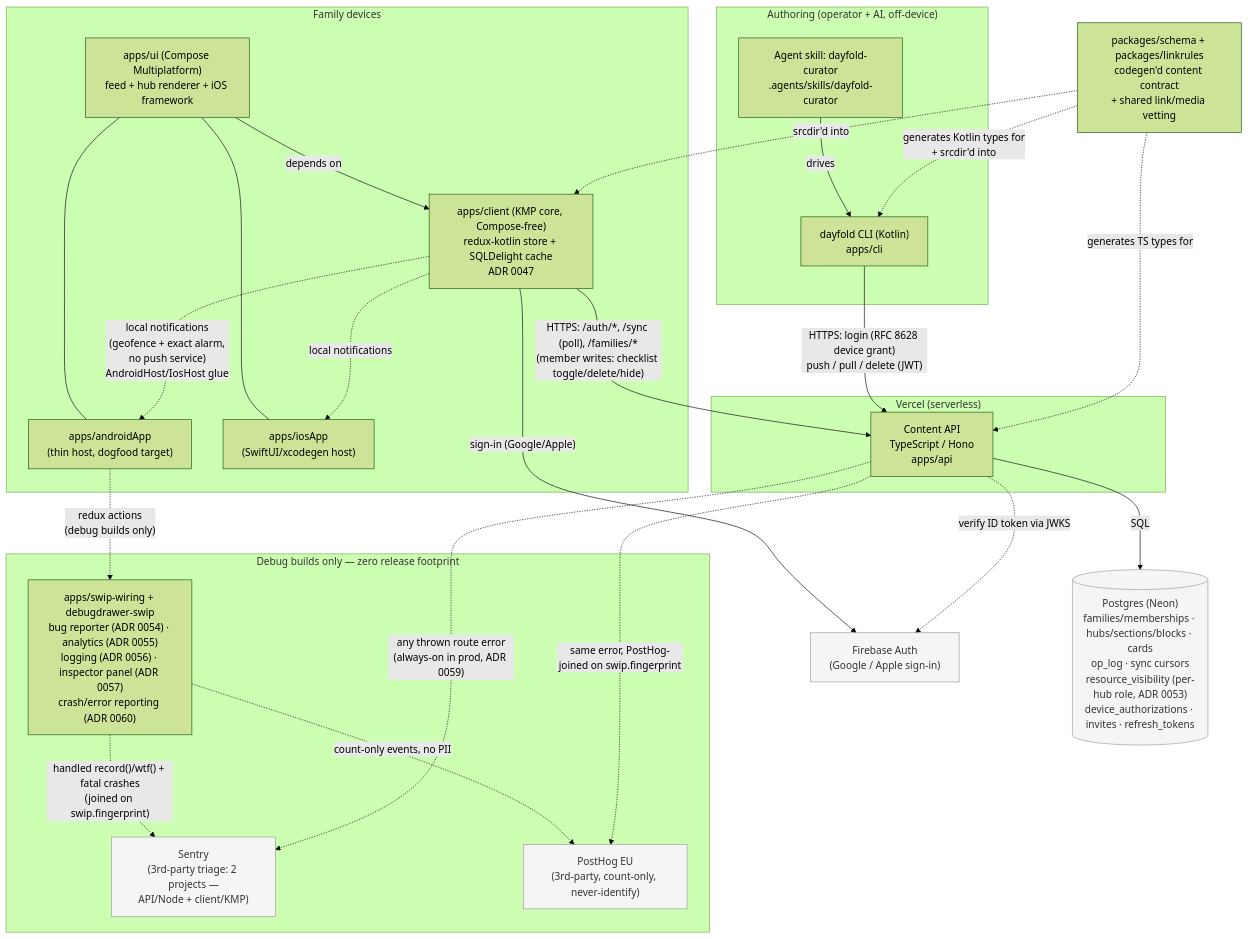
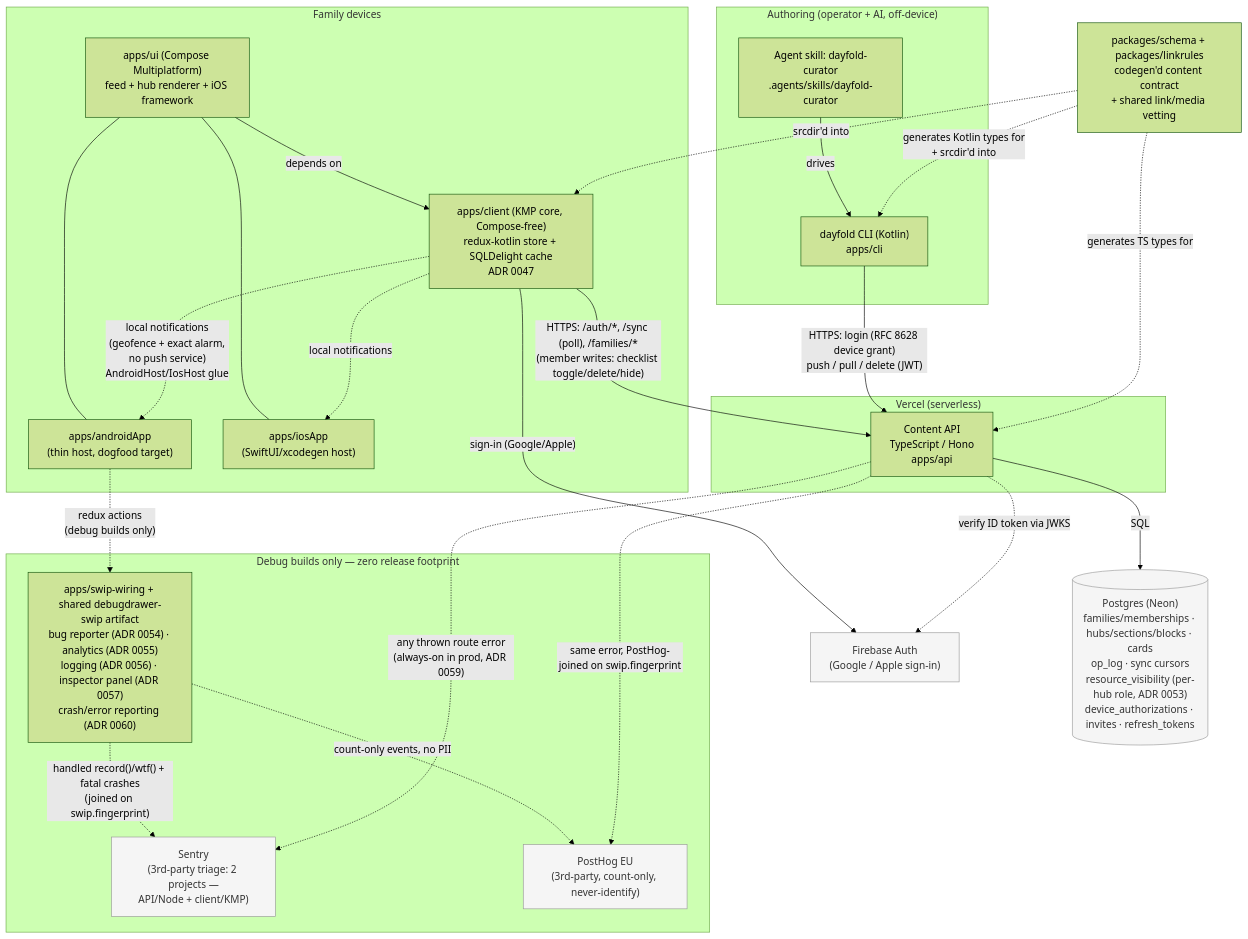
One commit to SloopWorks/dayfold changed the diagram in docs/architecture.md. Above: the diagram before and after it, drawn with Mermaid (forest theme). The commit also changed other lines of this file and 81 other files, not shown here.

Commit message:
Migrate Dayfold to shared debugdrawer repository

````diff
--- a/docs/architecture.md
+++ b/docs/architecture.md
@@ -13,55 +13,55 @@
 ```mermaid
 flowchart TB
     subgraph Authoring["Authoring (operator + AI, off-device)"]
         CLI["dayfold CLI (Kotlin)\napps/cli"]
         Skill["Agent skill: dayfold-curator\n.agents/skills/dayfold-curator"]
         Skill -- "drives" --> CLI
     end
 
     IdP["Firebase Auth\n(Google / Apple sign-in)"]
 
     subgraph Cloud["Vercel (serverless)"]
         API["Content API\nTypeScript / Hono\napps/api"]
     end
 
     Sentry["Sentry\n(3rd-party triage: 2 projects —\nAPI/Node + client/KMP)"]
 
     DB[("Postgres (Neon)\nfamilies/memberships · hubs/sections/blocks · cards\nop_log · sync cursors\nresource_visibility (per-hub role, ADR 0053)\ndevice_authorizations · invites · refresh_tokens")]
 
     subgraph Devices["Family devices"]
         Core["apps/client (KMP core, Compose-free)\nredux-kotlin store + SQLDelight cache\nADR 0047"]
         UI["apps/ui (Compose Multiplatform)\nfeed + hub renderer + iOS framework"]
         AndroidHost["apps/androidApp\n(thin host, dogfood target)"]
         IosHost["apps/iosApp\n(SwiftUI/xcodegen host)"]
         UI -- "depends on" --> Core
         UI --- AndroidHost
         UI --- IosHost
     end
 
     subgraph Debug["Debug builds only — zero release footprint"]
-        Analytics["apps/swip-wiring + debugdrawer-swip\nbug reporter (ADR 0054) · analytics (ADR 0055)\nlogging (ADR 0056) · inspector panel (ADR 0057)\ncrash/error reporting (ADR 0060)"]
+        Analytics["apps/swip-wiring + shared debugdrawer-swip artifact\nbug reporter (ADR 0054) · analytics (ADR 0055)\nlogging (ADR 0056) · inspector panel (ADR 0057)\ncrash/error reporting (ADR 0060)"]
         PostHog["PostHog EU\n(3rd-party, count-only, never-identify)"]
         Analytics -. "count-only events, no PII" .-> PostHog
         Analytics -. "handled record()/wtf() + fatal crashes\n(joined on swip.fingerprint)" .-> Sentry
     end
 
     Shared["packages/schema + packages/linkrules\ncodegen'd content contract\n+ shared link/media vetting"]
 
     API -. "any thrown route error\n(always-on in prod, ADR 0059)" .-> Sentry
     API -. "same error, PostHog-joined on swip.fingerprint" .-> PostHog
 
     CLI -- "HTTPS: login (RFC 8628 device grant)\npush / pull / delete (JWT)" --> API
     API -- "SQL" --> DB
     Core -- "sign-in (Google/Apple)" --> IdP
     API -. "verify ID token via JWKS" .-> IdP
     Core -- "HTTPS: /auth/*, /sync (poll), /families/*\n(member writes: checklist toggle/delete/hide)" --> API
     Core -. "local notifications\n(geofence + exact alarm,\nno push service)\nAndroidHost/IosHost glue" .-> AndroidHost
     Core -. "local notifications" .-> IosHost
     AndroidHost -. "redux actions\n(debug builds only)" .-> Analytics
     Shared -. "generates TS types for" .-> API
     Shared -. "generates Kotlin types for\n+ srcdir'd into" .-> CLI
     Shared -. "srcdir'd into" .-> Core
 
     classDef ext fill:#f5f5f5,stroke:#999,color:#333;
     class DB,IdP,PostHog,Sentry ext;
 ```
````
